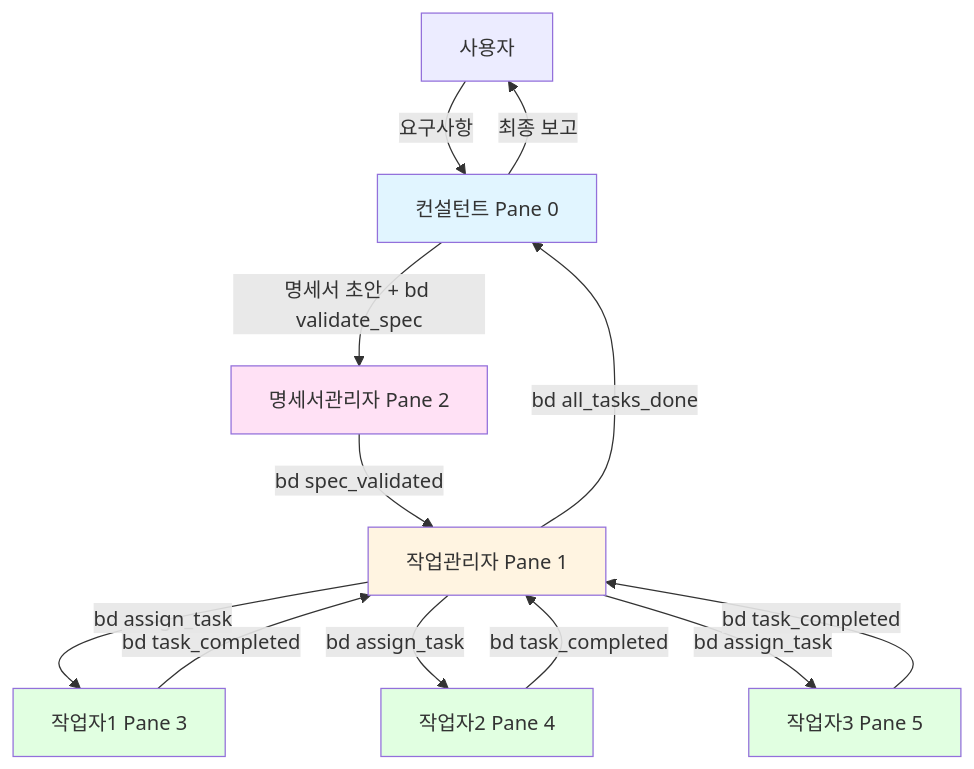
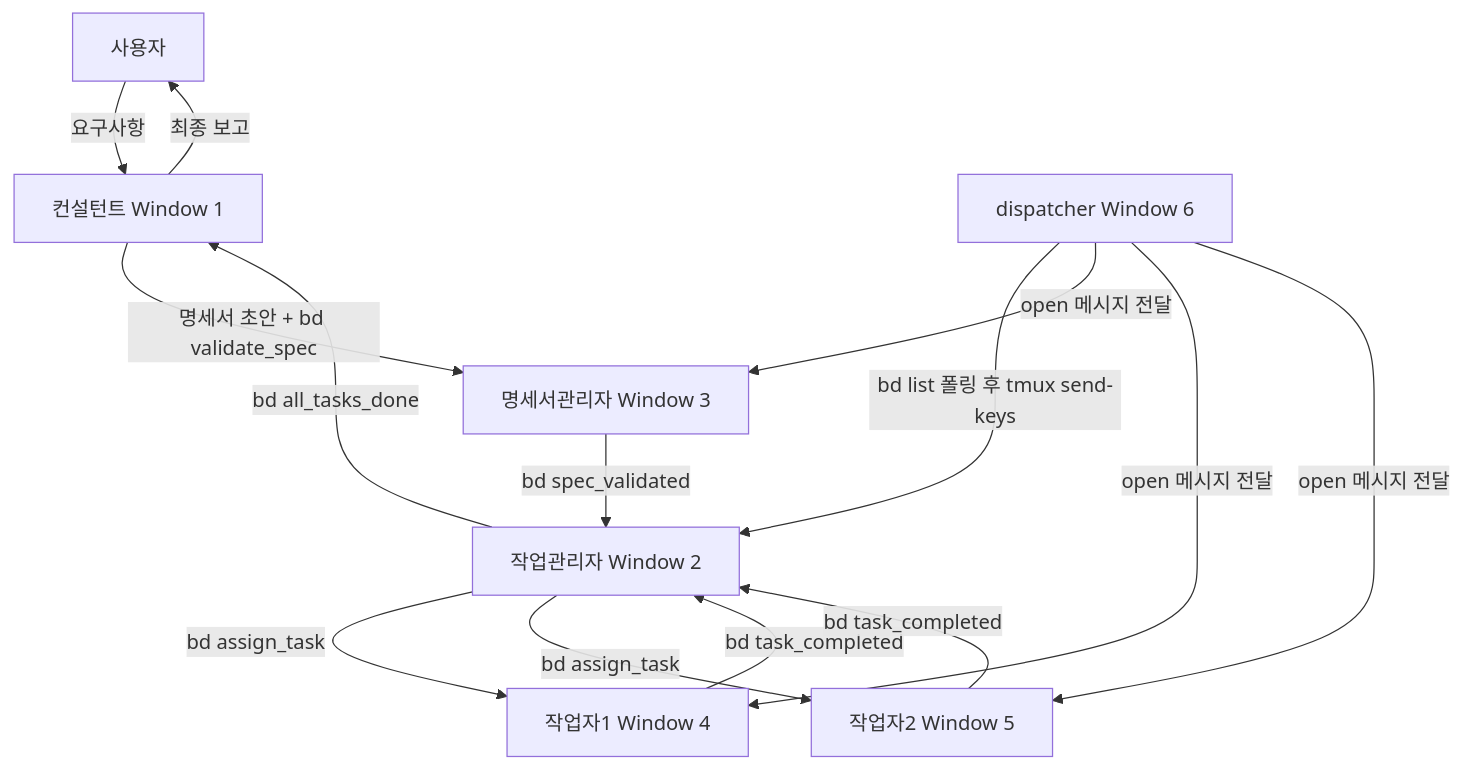
The first of 4 diagrams in docs/multi-agent-system.md (chan-ok/blog), drawn with Mermaid before and after one commit. The commit also changed other lines of this file and 7 other files, not shown here.

````diff
--- a/docs/multi-agent-system.md
+++ b/docs/multi-agent-system.md
@@ -96,21 +119,18 @@
 ```mermaid
 graph TB
-    User[사용자] -->|요구사항| Consultant[컨설턴트 Pane 0]
-    Consultant -->|명세서 초안 + bd validate_spec| SpecMgr[명세서관리자 Pane 2]
-    SpecMgr -->|bd spec_validated| TaskMgr[작업관리자 Pane 1]
-    TaskMgr -->|bd assign_task| W1[작업자1 Pane 3]
-    TaskMgr -->|bd assign_task| W2[작업자2 Pane 4]
-    TaskMgr -->|bd assign_task| W3[작업자3 Pane 5]
+    User[사용자] -->|요구사항| Consultant[컨설턴트 Window 1]
+    Consultant -->|명세서 초안 + bd validate_spec| SpecMgr[명세서관리자 Window 3]
+    SpecMgr -->|bd spec_validated| TaskMgr[작업관리자 Window 2]
+    TaskMgr -->|bd assign_task| W1[작업자1 Window 4]
+    TaskMgr -->|bd assign_task| W2[작업자2 Window 5]
     W1 -->|bd task_completed| TaskMgr
     W2 -->|bd task_completed| TaskMgr
-    W3 -->|bd task_completed| TaskMgr
     TaskMgr -->|bd all_tasks_done| Consultant
     Consultant -->|최종 보고| User
 
-    style Consultant fill:#e1f5ff
-    style TaskMgr fill:#fff4e1
-    style SpecMgr fill:#ffe1f5
-    style W1 fill:#e1ffe1
-    style W2 fill:#e1ffe1
-    style W3 fill:#e1ffe1
+    Disp[dispatcher Window 6]
+    Disp -->|bd list 폴링 후 tmux send-keys| TaskMgr
+    Disp -->|open 메시지 전달| SpecMgr
+    Disp -->|open 메시지 전달| W1
+    Disp -->|open 메시지 전달| W2
 ```
````
